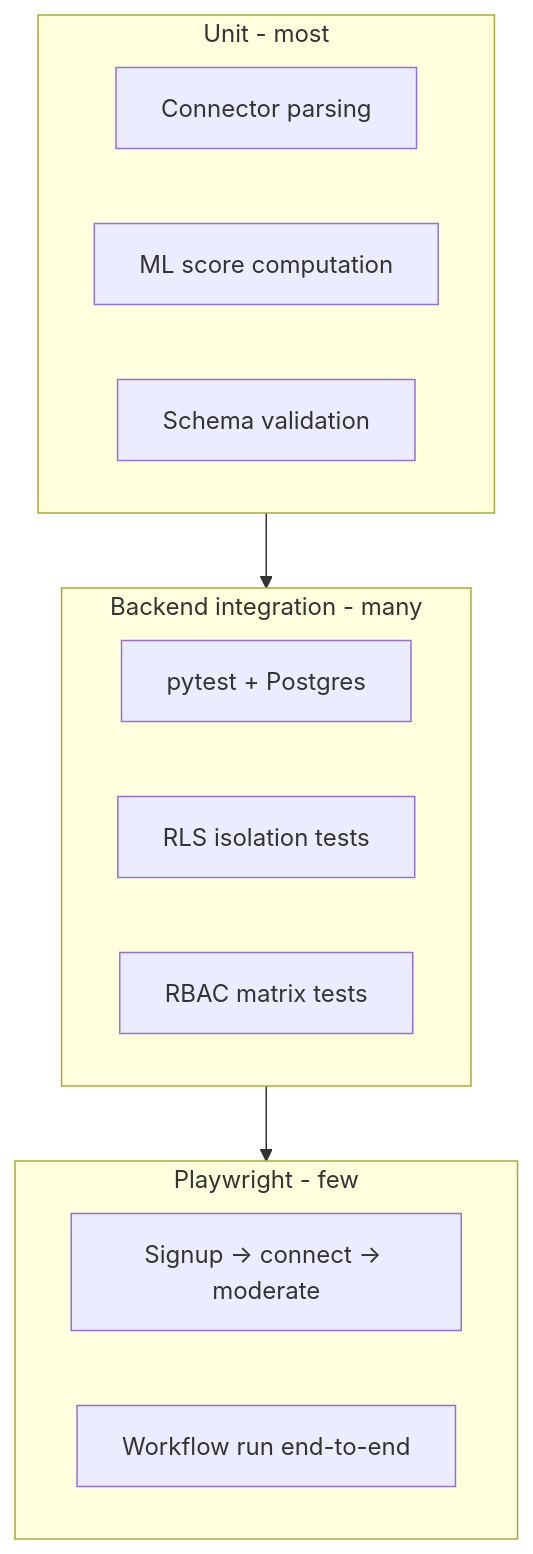
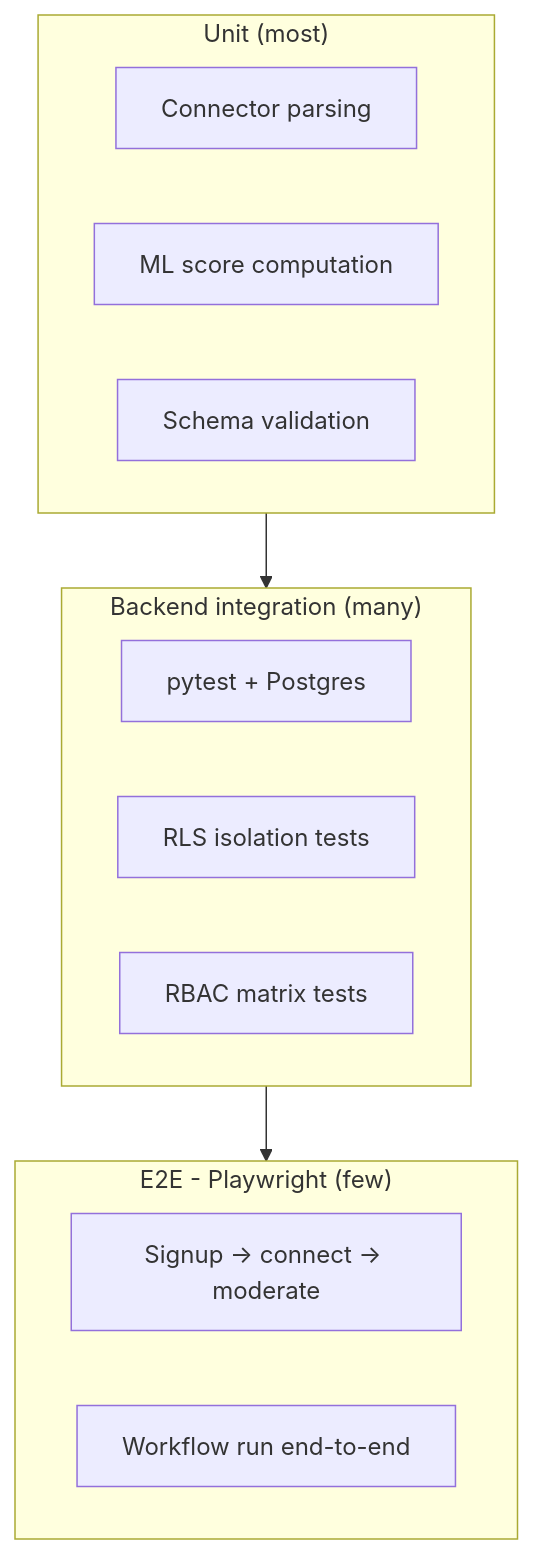
One commit to SowinySoft/Media-Basket changed diagram 21 of 22 in README.md. Above: the diagram before and after it, drawn with Mermaid. The commit also changed other lines of this file, not shown here.

Commit message:
fix: mermaid diagram render errors - quote subgraph titles and split chained edges

````diff
--- a/README.md
+++ b/README.md
@@ -1371,19 +1375,19 @@
 ```mermaid
 flowchart TB
-    subgraph E2E[Playwright - few]
-        E2E1[Signup → connect → moderate]
-        E2E2[Workflow run end-to-end]
+    subgraph E2E_SUB["E2E - Playwright (few)"]
+        E2E1["Signup → connect → moderate"]
+        E2E2["Workflow run end-to-end"]
     end
-    subgraph API[Backend integration - many]
-        API1[pytest + Postgres]
-        API2[RLS isolation tests]
-        API3[RBAC matrix tests]
+    subgraph API_SUB["Backend integration (many)"]
+        API1["pytest + Postgres"]
+        API2["RLS isolation tests"]
+        API3["RBAC matrix tests"]
     end
-    subgraph UNIT[Unit - most]
-        UNIT1[Connector parsing]
-        UNIT2[ML score computation]
-        UNIT3[Schema validation]
+    subgraph UNIT_SUB["Unit (most)"]
+        UNIT1["Connector parsing"]
+        UNIT2["ML score computation"]
+        UNIT3["Schema validation"]
     end
-    UNIT --> API
-    API --> E2E
+    UNIT_SUB --> API_SUB
+    API_SUB --> E2E_SUB
 ```
````
